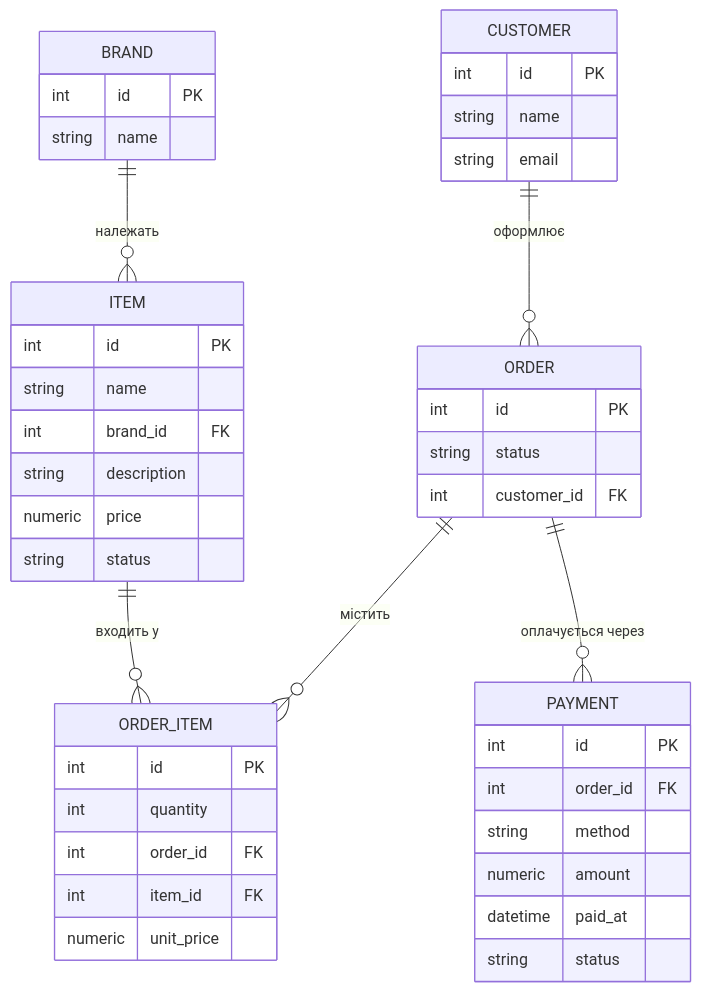
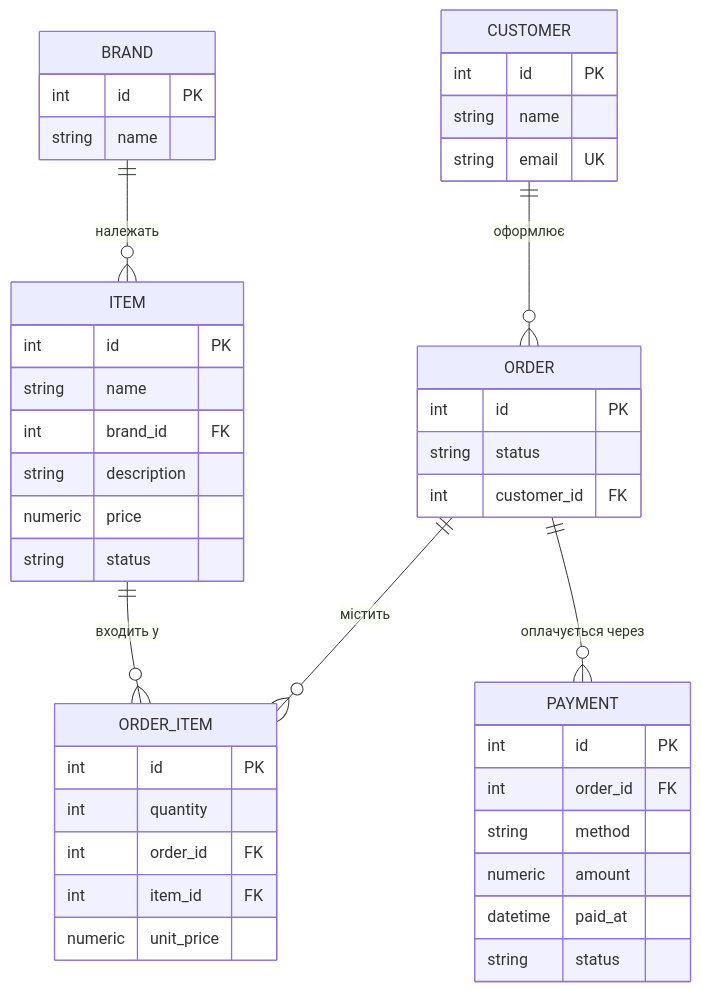
The diagram in lab1/diagram.mmd (AriBlank/KPI-2-LABS), drawn with Mermaid before and after one commit.

Commit message:
додано UK до email на ER-діаграмі згідно з spec

```diff
--- a/lab1/diagram.mmd
+++ b/lab1/diagram.mmd
@@ -1,50 +1,50 @@
 erDiagram
 
     CUSTOMER{
         int id PK
         string name
-        string email
+        string email UK
     }
 
     ITEM{
         int id PK
         string name
         int brand_id FK
         string description
         numeric price
         string status
     }
 
     ORDER{
         int id PK
         string status
         int customer_id FK
     }
 
     ORDER_ITEM{
         int id PK
         int quantity
         int order_id FK
         int item_id FK
         numeric unit_price
     }
 
     PAYMENT{
         int id PK
         int order_id FK
         string method
         numeric amount
         datetime paid_at
         string status
     }
 
     BRAND{
         int id PK
         string name
     }
 
     BRAND      ||--o{ ITEM       : "належать"
     CUSTOMER   ||--o{ ORDER      : "оформлює"
     ORDER      ||--o{ ORDER_ITEM : "містить"
     ITEM       ||--o{ ORDER_ITEM : "входить у"
     ORDER      ||--o{ PAYMENT    : "оплачується через"
```
